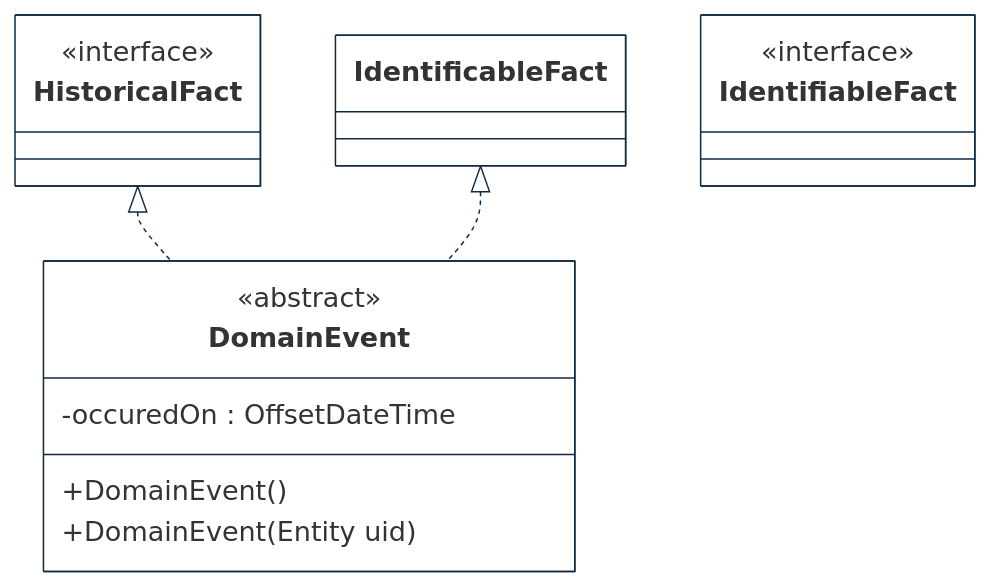
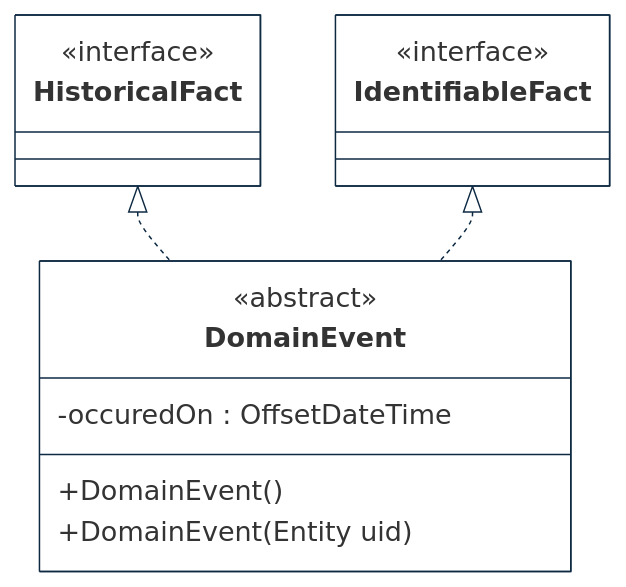
One commit to cybnity/foundation changed the diagram in implementations-line/framework/domain/README.md. Above: the diagram before and after it, drawn with Mermaid.

````diff
--- a/implementations-line/framework/domain/README.md
+++ b/implementations-line/framework/domain/README.md
@@ -13,35 +13,35 @@
 ```mermaid
 %%{
   init: {
     'theme': 'base',
     'themeVariables': {
         'background': '#ffffff',
         'fontFamily': 'arial',
         'fontSize': '18px',
         'primaryColor': '#fff',
         'primaryBorderColor': '#0e2a43',
         'secondaryBorderColor': '#0e2a43',
         'tertiaryBorderColor': '#0e2a43',
         'edgeLabelBackground':'#0e2a43',
         'lineColor': '#0e2a43',
         'tertiaryColor': '#fff'
     }
   }
 }%%
 classDiagram
     HistoricalFact <|.. DomainEvent
-    IdentificableFact <|.. DomainEvent
+    IdentifiableFact <|.. DomainEvent
     class DomainEvent {
         <<abstract>>
         -occuredOn : OffsetDateTime
         +DomainEvent()
         +DomainEvent(Entity uid)
     }
     class HistoricalFact {
         <<interface>>
     }
     class IdentifiableFact {
         <<interface>>
     }
 
 ```
````
